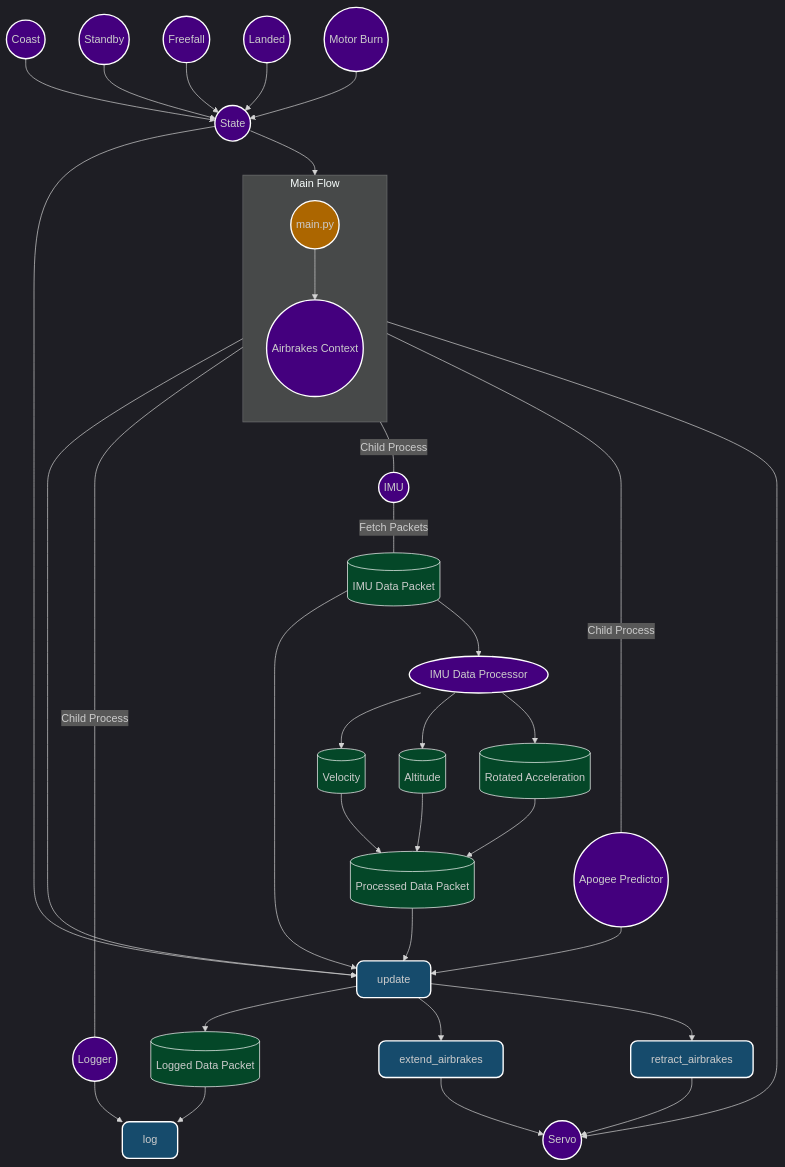
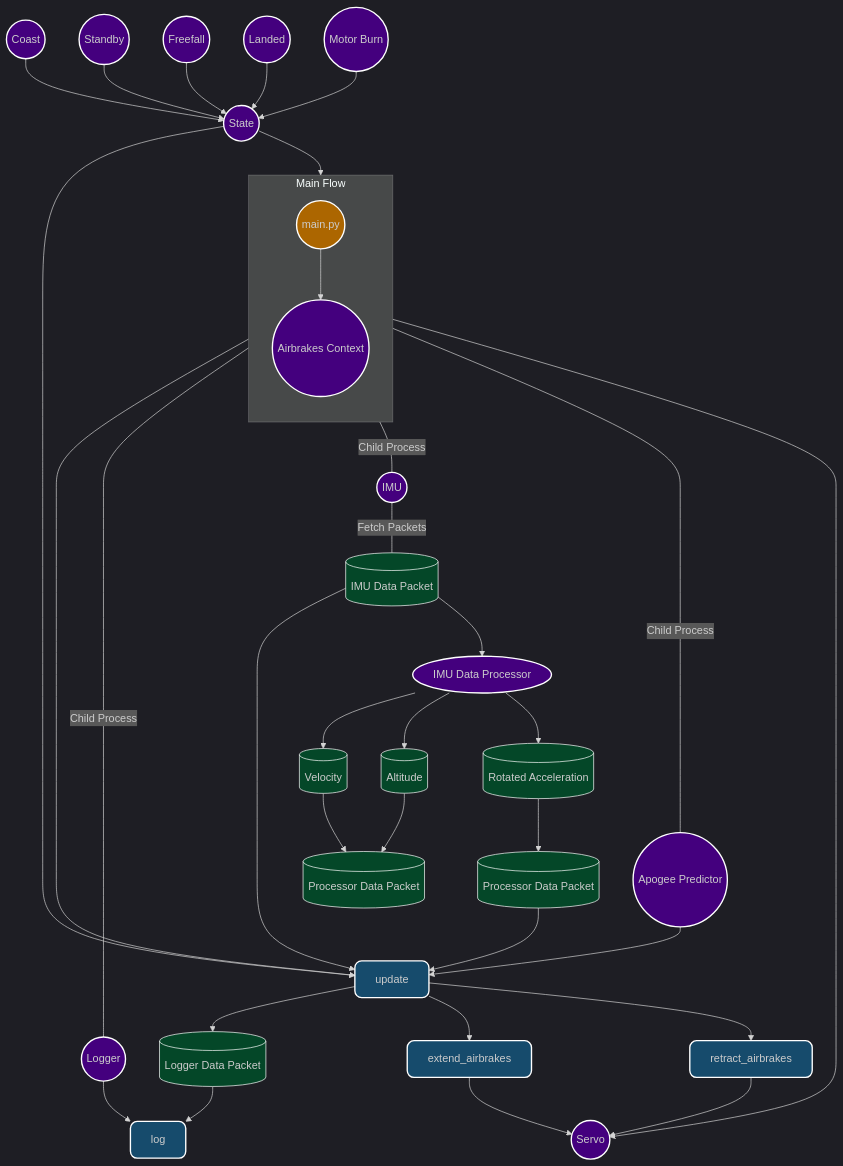
Before and after one commit to NCSU-High-Powered-Rocketry-Club/AirbrakesV2: the diagram in README.md, drawn with Mermaid. The commit also changed other lines of this file and 14 other files, not shown here.

````diff
--- a/README.md
+++ b/README.md
@@ -46,73 +46,73 @@
 ```mermaid
 %%{init: {'theme': 'dark'}}%%
 flowchart TD
 
     %% Define styles for different shapes
     classDef circular fill:#44007e,stroke:#fff,stroke-width:2px,rx:50%,ry:50%;  %% Ovals for classes
     classDef bubble fill:#164b6c,stroke:#fff,stroke-width:2px,rx:10px,ry:10px; %% Bubbles for methods
     classDef outputSquare fill:#044728,stroke:#fff,stroke-width:2px; %% Squares for outputs
     classDef textStyle fill:none,color:#fff,font-weight:bold,font-size:16px; %% Text style for bold white text
     classDef mainColor fill:#ac6600,stroke:#fff,stroke-width:2px,rx:50%,ry:50%; %% Color for main.py
 
     %% Main structure with main.py at the top
     subgraph mainFlow[Main Flow]
       direction TB
       mainpy((main.py)):::mainColor --> Airbrakes((Airbrakes Context)):::circular
      
     end
     Airbrakes --> Update[update]:::bubble
     %% IMU Data Packet Flow
     IMUDataPacket --> Update
     Apogee_Predictor --> Update
     
     %% States as individual nodes
     State((State)):::circular
     CoastState((Coast)):::circular
     Standbystate((Standby)):::circular
     FreefallState((Freefall)):::circular
     LandedState((Landed)):::circular
     MotorBurnState((Motor Burn)):::circular
 
     %% Connections between States and Airbrakes
     State((State)):::circular --> Airbrakes:::circular
     State --> Update
     
     CoastState((Coast)):::circular --> State
     Standbystate((Standby)):::circular --> State
     FreefallState((Freefall)):::circular --> State
     LandedState((Landed)):::circular --> State
     MotorBurnState((Motor Burn)):::circular --> State
     
     %% Connections with Labels
     Airbrakes ---|Child Process| Logger((Logger)):::circular
     Airbrakes ---|Child Process| IMU((IMU)):::circular
     Airbrakes ---|Child Process| Apogee_Predictor((Apogee Predictor)):::circular
     IMU((IMU)):::circular ---|Fetch Packets| IMUDataPacket[(IMU Data Packet)]:::outputSquare
 
     %% IMU Data Processing
     IMUDataPacket --> IMUDataProcessor[IMU Data Processor]:::circular
     IMUDataProcessor --> Velocity[(Velocity)]:::outputSquare
     IMUDataProcessor --> Altitude[(Altitude)]:::outputSquare
     IMUDataProcessor --> Rotated_Accel[(Rotated Acceleration)]:::outputSquare
     
-    Velocity -->  ProcessedData[(Processed Data Packet)]:::outputSquare
-    Altitude -->  ProcessedData[(Processed Data Packet)]:::outputSquare
-    Rotated_Accel -->  ProcessedData[(Processed Data Packet)]:::outputSquare
+    Velocity -->  ProcessedData[(Processor Data Packet)]:::outputSquare
+    Altitude -->  ProcessedData[(Processor Data Packet)]:::outputSquare
+    Rotated_Accel -->  ProcessorData[(Processor Data Packet)]:::outputSquare
     
-    ProcessedData[(Processed Data Packet)]:::outputSquare --> Update
+    ProcessorData[(Processor Data Packet)]:::outputSquare --> Update
 
     %% Logging Mechanism
     Logger --> LogFunction[log]:::bubble
-    Update --> LogData[(Logged Data Packet)]:::outputSquare
+    Update --> LogData[(Logger Data Packet)]:::outputSquare
     LogData --> LogFunction
 
     %% Airbrake Control Methods with Parentheses Displayed
     Update --> ExtendAirbrakes[extend_airbrakes]:::bubble
     Update --> RetractAirbrakes[retract_airbrakes]:::bubble
 
     %% Servo Connections
     RetractAirbrakes --> Servo((Servo)):::circular 
     ExtendAirbrakes --> Servo
     Airbrakes --> Servo
 
 ```
````
